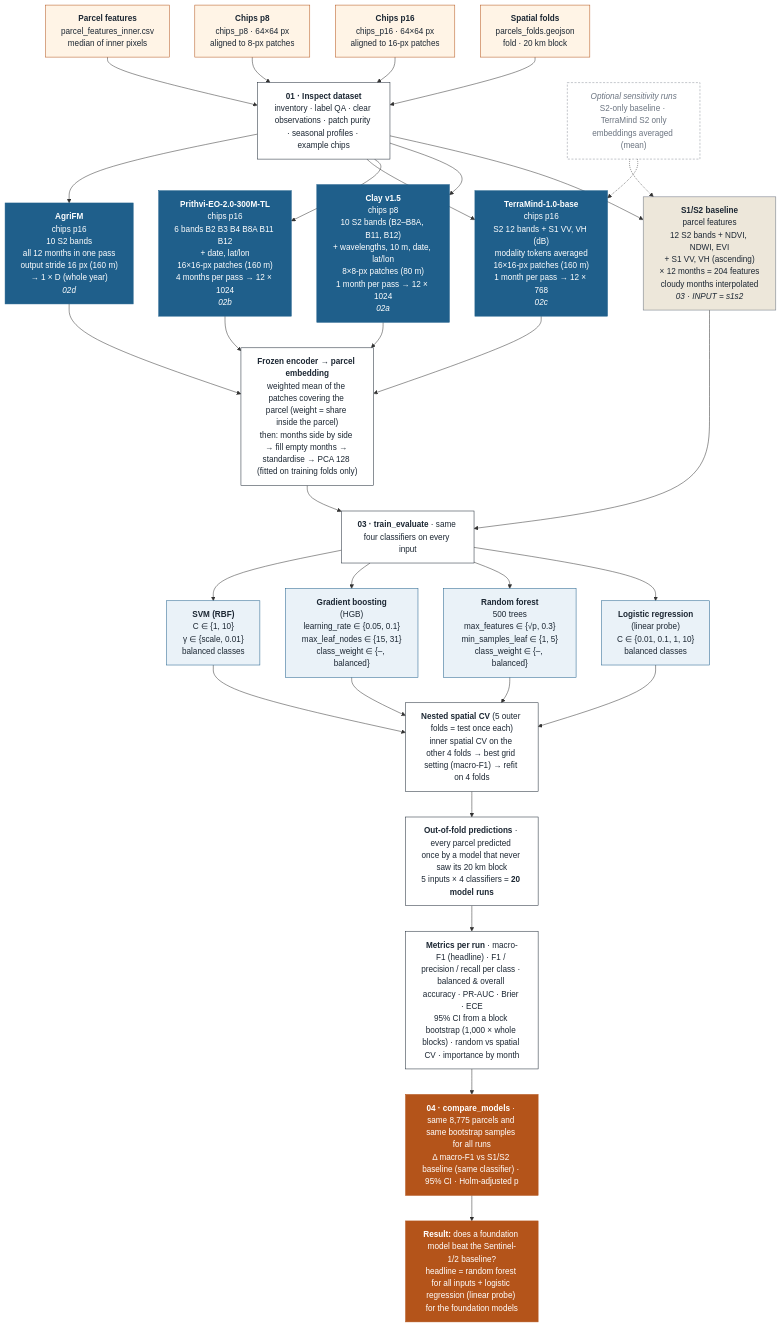
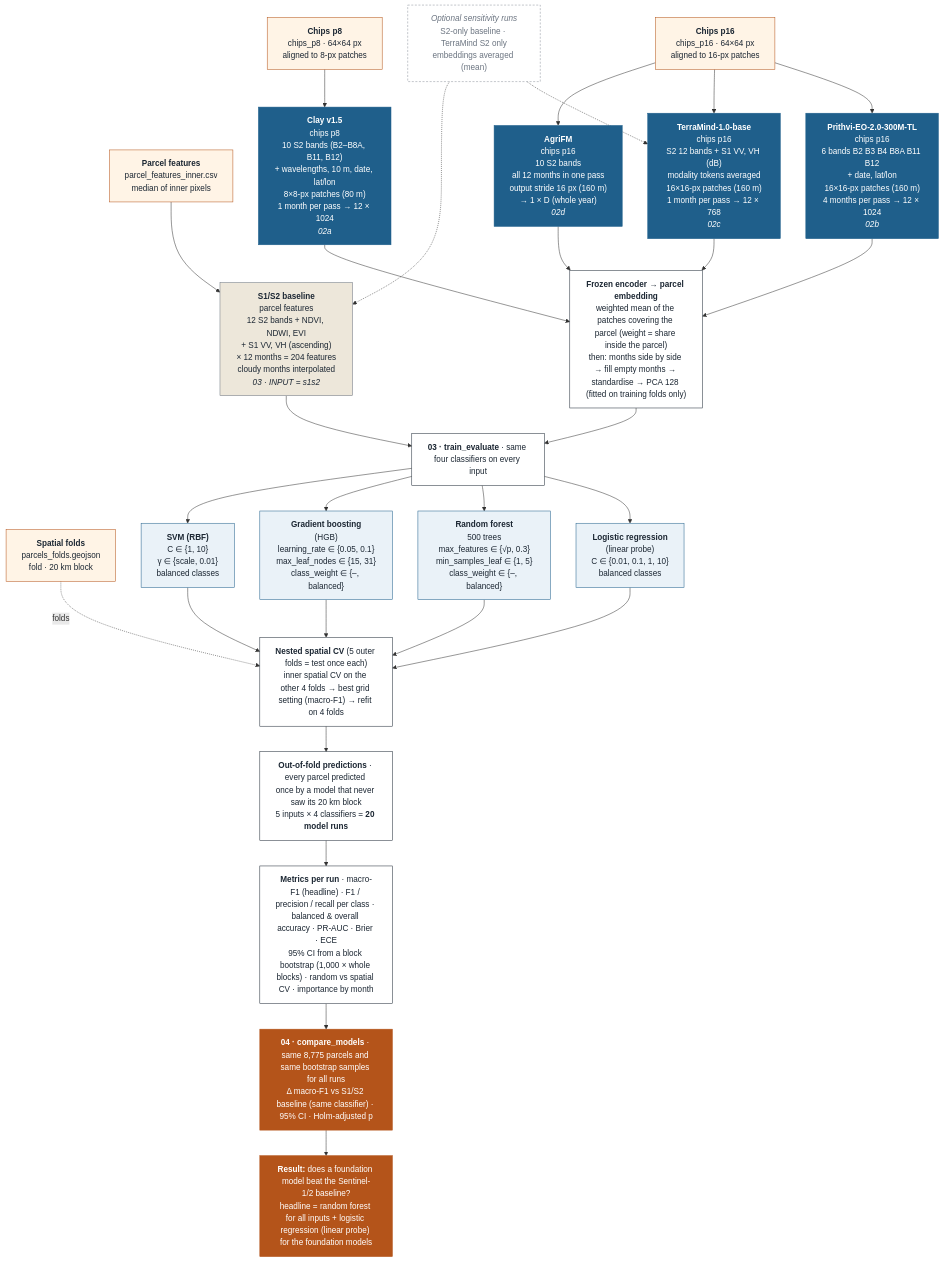
One commit to amanchry/irrimapping-geofm changed the first of 8 diagrams in models_run/README.md. Above: the diagram before and after it, drawn with Mermaid. The commit also changed 2 other files, not shown here.

Commit message:
updated model training readme

````diff
--- a/models_run/README.md
+++ b/models_run/README.md
@@ -27,65 +27,61 @@
 ```mermaid
 flowchart TD
     %% ---------- Part 1 outputs (8,781 parcels · 12 months Sep–Aug · 5 spatial folds)
     FO["<b>Spatial folds</b><br/>parcels_folds.geojson<br/>fold · 20 km block"]
     C16["<b>Chips p16</b><br/>chips_p16 · 64×64 px<br/>aligned to 16-px patches"]
     C8["<b>Chips p8</b><br/>chips_p8 · 64×64 px<br/>aligned to 8-px patches"]
     FA["<b>Parcel features</b><br/>parcel_features_inner.csv<br/>median of inner pixels"]
 
-    FA --> QA["<b>01 · Inspect dataset</b><br/>inventory · label QA · clear observations · patch purity · seasonal profiles · example chips"]
-    C8 --> QA
-    C16 --> QA
-    FO --> QA
-
-    %% ---------- the six inputs
-    QA --> B4["<b>AgriFM</b><br/>chips p16<br/>10 S2 bands<br/>all 12 months in one pass<br/>output stride 16 px (160 m)<br/>→ 1 × D (whole year)<br/><i>02d</i>"]
-    QA --> B3["<b>TerraMind-1.0-base</b><br/>chips p16<br/>S2 12 bands + S1 VV, VH (dB)<br/>modality tokens averaged<br/>16×16-px patches (160 m)<br/>1 month per pass → 12 × 768<br/><i>02c</i>"]
-    QA --> B2["<b>Prithvi-EO-2.0-300M-TL</b><br/>chips p16<br/>6 bands B2 B3 B4 B8A B11 B12<br/>+ date, lat/lon<br/>16×16-px patches (160 m)<br/>4 months per pass → 12 × 1024<br/><i>02b</i>"]
-    QA --> B1["<b>Clay v1.5</b><br/>chips p8<br/>10 S2 bands (B2–B8A, B11, B12)<br/>+ wavelengths, 10 m, date, lat/lon<br/>8×8-px patches (80 m)<br/>1 month per pass → 12 × 1024<br/><i>02a</i>"]
-    QA --> B0["<b>S1/S2 baseline</b><br/>parcel features<br/>12 S2 bands + NDVI, NDWI, EVI<br/>+ S1 VV, VH (ascending)<br/>× 12 months = 204 features<br/>cloudy months interpolated<br/><i>03 · INPUT = s1s2</i>"]
+    %% ---------- the five inputs
+    C16 --> B4["<b>AgriFM</b><br/>chips p16<br/>10 S2 bands<br/>all 12 months in one pass<br/>output stride 16 px (160 m)<br/>→ 1 × D (whole year)<br/><i>02d</i>"]
+    C16 --> B3["<b>TerraMind-1.0-base</b><br/>chips p16<br/>S2 12 bands + S1 VV, VH (dB)<br/>modality tokens averaged<br/>16×16-px patches (160 m)<br/>1 month per pass → 12 × 768<br/><i>02c</i>"]
+    C16 --> B2["<b>Prithvi-EO-2.0-300M-TL</b><br/>chips p16<br/>6 bands B2 B3 B4 B8A B11 B12<br/>+ date, lat/lon<br/>16×16-px patches (160 m)<br/>4 months per pass → 12 × 1024<br/><i>02b</i>"]
+    C8 --> B1["<b>Clay v1.5</b><br/>chips p8<br/>10 S2 bands (B2–B8A, B11, B12)<br/>+ wavelengths, 10 m, date, lat/lon<br/>8×8-px patches (80 m)<br/>1 month per pass → 12 × 1024<br/><i>02a</i>"]
+    FA --> B0["<b>S1/S2 baseline</b><br/>parcel features<br/>12 S2 bands + NDVI, NDWI, EVI<br/>+ S1 VV, VH (ascending)<br/>× 12 months = 204 features<br/>cloudy months interpolated<br/><i>03 · INPUT = s1s2</i>"]
 
     %% ---------- embeddings -> features
     B1 --> POOL["<b>Frozen encoder → parcel embedding</b><br/>weighted mean of the patches covering the parcel (weight = share inside the parcel)<br/>then: months side by side → fill empty months → standardise → PCA 128 (fitted on training folds only)"]
     B2 --> POOL
     B3 --> POOL
     B4 --> POOL
 
     %% ---------- classifiers (03)
     B0 --> HUB["<b>03 · train_evaluate</b> · same four classifiers on every input"]
     POOL --> HUB
     HUB --> K4["<b>SVM (RBF)</b><br/>C ∈ {1, 10}<br/>γ ∈ {scale, 0.01}<br/>balanced classes"]
     HUB --> K3["<b>Gradient boosting</b><br/>(HGB)<br/>learning_rate ∈ {0.05, 0.1}<br/>max_leaf_nodes ∈ {15, 31}<br/>class_weight ∈ {–, balanced}"]
     HUB --> K2["<b>Random forest</b><br/>500 trees<br/>max_features ∈ {√p, 0.3}<br/>min_samples_leaf ∈ {1, 5}<br/>class_weight ∈ {–, balanced}"]
     HUB --> K1["<b>Logistic regression</b><br/>(linear probe)<br/>C ∈ {0.01, 0.1, 1, 10}<br/>balanced classes"]
 
     %% ---------- validation
     K1 --> CV1["<b>Nested spatial CV</b> (5 outer folds = test once each)<br/>inner spatial CV on the other 4 folds → best grid setting (macro-F1) → refit on 4 folds"]
     K2 --> CV1
     K3 --> CV1
     K4 --> CV1
+    FO -. "folds" .-> CV1
 
     CV1 --> OOF["<b>Out-of-fold predictions</b> · every parcel predicted once by a model that never saw its 20 km block<br/>5 inputs × 4 classifiers = <b>20 model runs</b>"]
     OOF --> M["<b>Metrics per run</b> · macro-F1 (headline) · F1 / precision / recall per class · balanced & overall accuracy · PR-AUC · Brier · ECE<br/>95% CI from a block bootstrap (1,000 × whole blocks) · random vs spatial CV · importance by month"]
     M --> CMP["<b>04 · compare_models</b> · same 8,775 parcels and same bootstrap samples for all runs<br/>Δ macro-F1 vs S1/S2 baseline (same classifier) · 95% CI · Holm-adjusted p"]
     CMP --> ANS["<b>Result:</b> does a foundation model beat the Sentinel-1/2 baseline?<br/>headline = random forest for all inputs + logistic regression (linear probe) for the foundation models"]
 
     %% ---------- optional sensitivity runs
     SENS["<i>Optional sensitivity runs</i><br/>S2-only baseline · TerraMind S2 only<br/>embeddings averaged (mean)"]
     SENS -.-> B0
     SENS -.-> B3
 
     classDef data fill:#FFF4E6,stroke:#B4541A,color:#1C2733
     classDef base fill:#EDE7DA,stroke:#6B7480,color:#1C2733
     classDef fm fill:#1F5F8B,color:#fff,stroke:#1F5F8B
     classDef step fill:#FFFFFF,stroke:#1C2733,color:#1C2733
     classDef clf fill:#EAF2F8,stroke:#1F5F8B,color:#1C2733
     classDef out fill:#B4541A,color:#fff,stroke:#B4541A
     classDef opt fill:#FFFFFF,stroke:#8A919A,color:#6B7480,stroke-dasharray:4 3
     class FA,C8,C16,PS,FO data
     class B0 base
     class B1,B2,B3,B4 fm
-    class QA,POOL,HUB,CV1,OOF,M step
+    class POOL,HUB,CV1,OOF,M step
     class K1,K2,K3,K4 clf
     class CMP,ANS out
     class SENS opt
 ```
````
